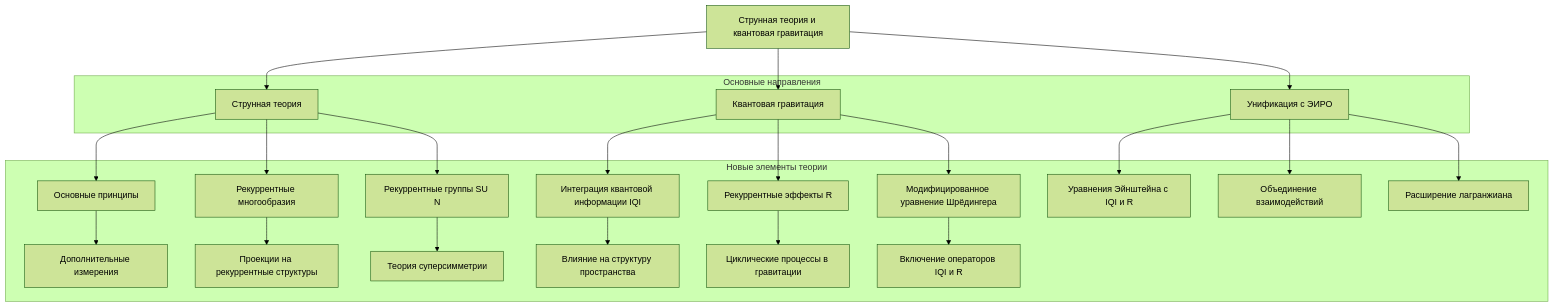
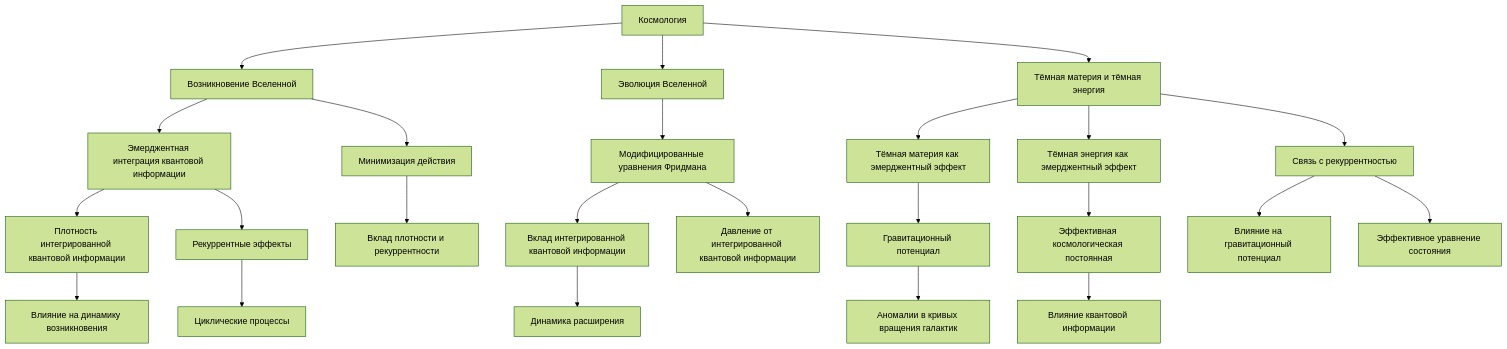
Diagram 17 of 28 in The-Theory-of-Everything.md (commeta/consciousness), drawn with Mermaid (forest theme) before and after one commit. The commit also changed other lines of this file, not shown here.

````diff
--- a/The-Theory-of-Everything.md
+++ b/The-Theory-of-Everything.md
@@ -935,50 +578,30 @@
 ```mermaid
-graph TB
-    A[Струнная теория и квантовая гравитация]
-    A --> B[Струнная теория]
-    A --> C[Квантовая гравитация]
-    A --> D[Унификация с ЭИРО]
-
-    B --> E[Основные принципы]
-    B --> F[Рекуррентные многообразия]
-    B --> G[Рекуррентные группы SU N]
-
-    C --> H[Интеграция квантовой информации IQI]
-    C --> I[Рекуррентные эффекты R]
-    C --> J[Модифицированное уравнение Шрёдингера]
-
-    D --> K[Уравнения Эйнштейна с IQI и R]
-    D --> L[Объединение взаимодействий]
-    D --> M[Расширение лагранжиана]
-
-    E --> N[Дополнительные измерения]
-    F --> O[Проекции на рекуррентные структуры]
-    G --> P[Теория суперсимметрии]
-    H --> Q[Влияние на структуру пространства]
-    I --> R[Циклические процессы в гравитации]
-    J --> S[Включение операторов IQI и R]
-
-    subgraph Основные направления
-        B
-        C
-        D
-    end
-
-    subgraph Новые элементы теории
-        E
-        F
-        G
-        H
-        I
-        J
-        K
-        L
-        M
-        N
-        O
-        P
-        Q
-        R
-        S
-    end
+graph TD
+    A[Космология] --> B[Возникновение Вселенной]
+    B --> C[Эмерджентная интеграция квантовой информации]
+    C --> D[Плотность интегрированной квантовой информации]
+    D --> E[Влияние на динамику возникновения]
+    C --> F[Рекуррентные эффекты]
+    F --> G[Циклические процессы]
+    B --> H[Минимизация действия]
+    H --> I[Вклад плотности и рекуррентности]
+    
+    A --> J[Эволюция Вселенной]
+    J --> K[Модифицированные уравнения Фридмана]
+    K --> L[Вклад интегрированной квантовой информации]
+    L --> M[Динамика расширения]
+    K --> N[Давление от интегрированной квантовой информации]
+    
+    A --> O[Тёмная материя и тёмная энергия]
+    O --> P[Тёмная материя как эмерджентный эффект]
+    P --> Q[Гравитационный потенциал]
+    Q --> R[Аномалии в кривых вращения галактик]
+    
+    O --> S[Тёмная энергия как эмерджентный эффект]
+    S --> T[Эффективная космологическая постоянная]
+    T --> U[Влияние квантовой информации]
+    
+    O --> V[Связь с рекуррентностью]
+    V --> W[Влияние на гравитационный потенциал]
+    V --> X[Эффективное уравнение состояния]
 ```
````
